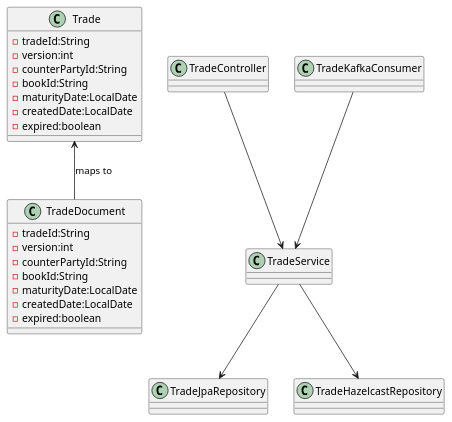
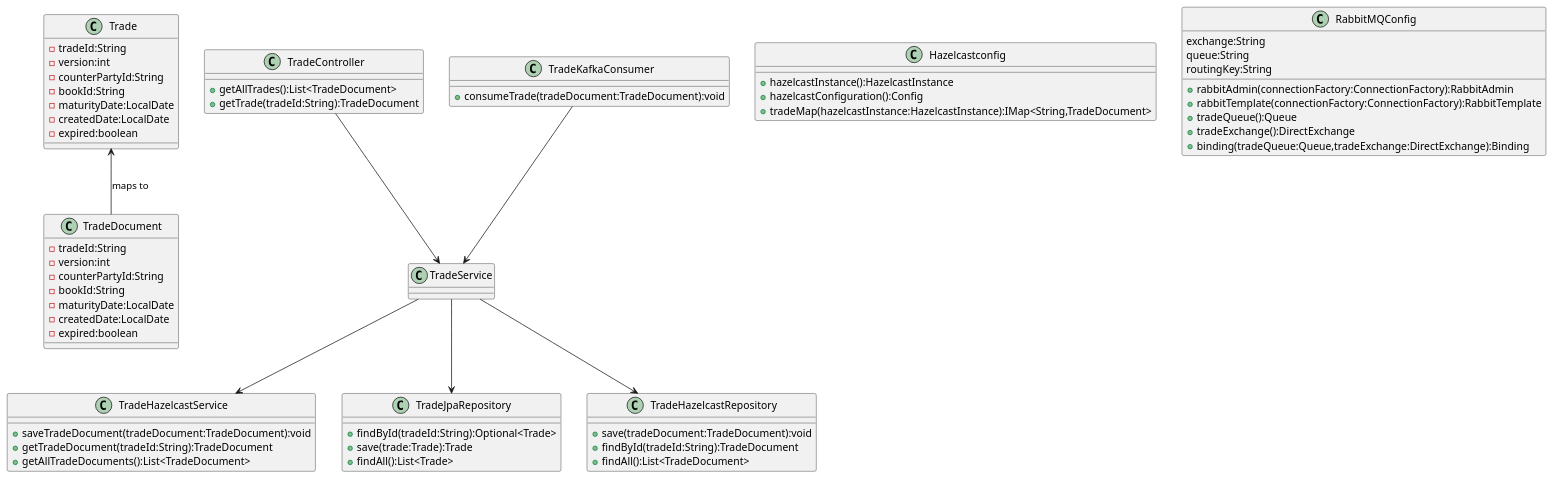
The diagram in tradestoreclassdiagram.puml (tovijayy/tradestore), drawn with PlantUML before and after one commit. The commit also changed 5 other files, not shown here.

Commit message:
Updated with plantUml

```diff
--- a/tradestoreclassdiagram.puml
+++ b/tradestoreclassdiagram.puml
@@ -1,33 +1,81 @@
 @startuml
 class Trade {
   -tradeId:String
   -version:int
   -counterPartyId:String
   -bookId:String
   -maturityDate:LocalDate
   -createdDate:LocalDate
   -expired:boolean
 }
 
 class TradeDocument {
   -tradeId:String
   -version:int
   -counterPartyId:String
   -bookId:String
   -maturityDate:LocalDate
   -createdDate:LocalDate
   -expired:boolean
 }
 
+class TradeHazelcastService{
+    +saveTradeDocument(tradeDocument:TradeDocument):void
+    +getTradeDocument(tradeId:String):TradeDocument
+    +getAllTradeDocuments():List<TradeDocument>
+}
+
+class TradeJpaRepository{
+    +findById(tradeId:String):Optional<Trade>
+    +save(trade:Trade):Trade
+    +findAll():List<Trade>
+}
+
+class TradeHazelcastRepository{
+    +save(tradeDocument:TradeDocument):void
+    +findById(tradeId:String):TradeDocument
+    +findAll():List<TradeDocument>
+}
+
+class TradeController{
+    +getAllTrades():List<TradeDocument>
+    +getTrade(tradeId:String):TradeDocument
+}
+
+class TradeKafkaConsumer{
+    +consumeTrade(tradeDocument:TradeDocument):void
+}
+
+class Hazelcastconfig{
+    +hazelcastInstance():HazelcastInstance
+    +hazelcastConfiguration():Config
+    +tradeMap(hazelcastInstance:HazelcastInstance):IMap<String,TradeDocument>
+
+}
+
+class RabbitMQConfig{
+    exchange:String
+    queue:String
+    routingKey:String
+    +rabbitAdmin(connectionFactory:ConnectionFactory):RabbitAdmin
+    +rabbitTemplate(connectionFactory:ConnectionFactory):RabbitTemplate
+    +tradeQueue():Queue
+    +tradeExchange():DirectExchange
+    +binding(tradeQueue:Queue,tradeExchange:DirectExchange):Binding
+}
+
+
 class TradeService
+class TradeHazelcastService
 class TradeJpaRepository
 class TradeHazelcastRepository
 class TradeController
 class TradeKafkaConsumer
 
 TradeService --> TradeJpaRepository
 TradeService --> TradeHazelcastRepository
+TradeService --> TradeHazelcastService
 TradeController --> TradeService
 TradeKafkaConsumer --> TradeService
 Trade <-- TradeDocument : maps to
 @enduml
```
